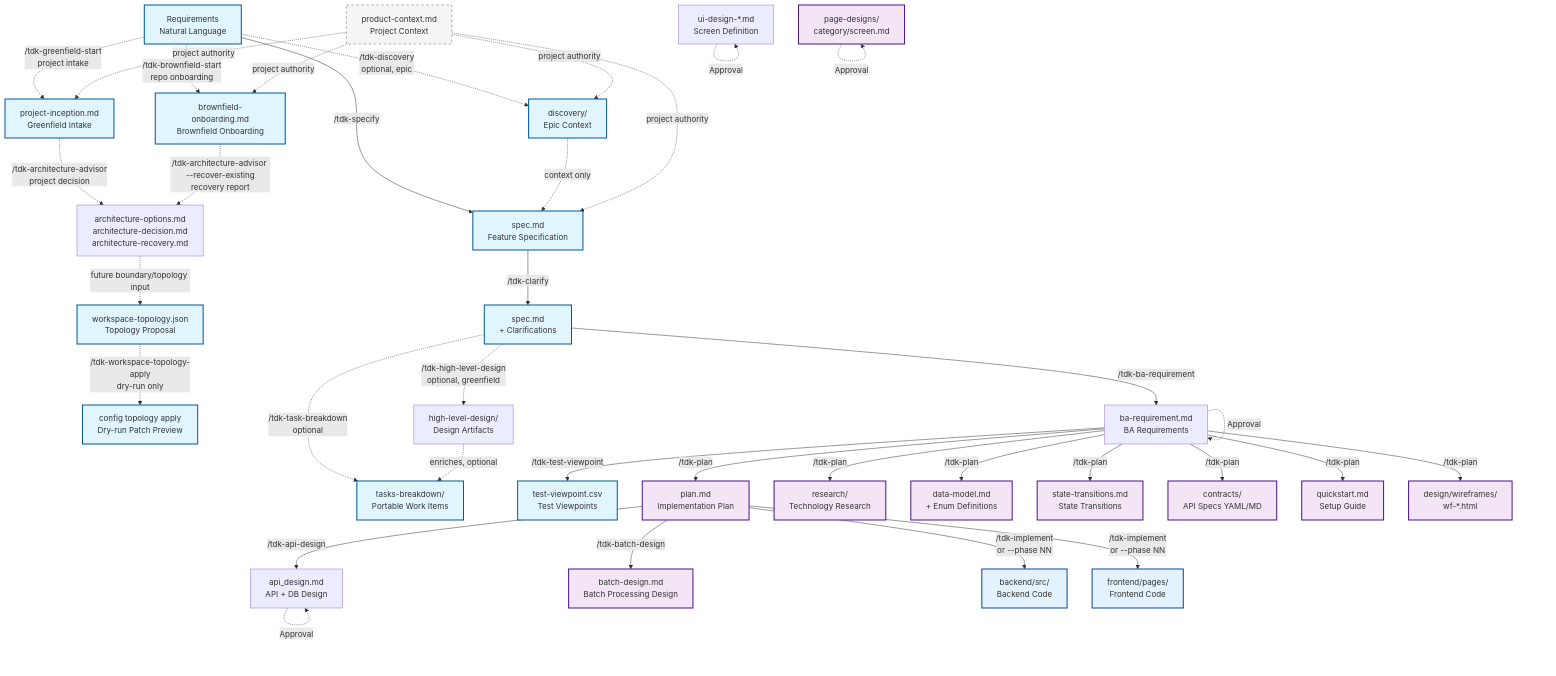
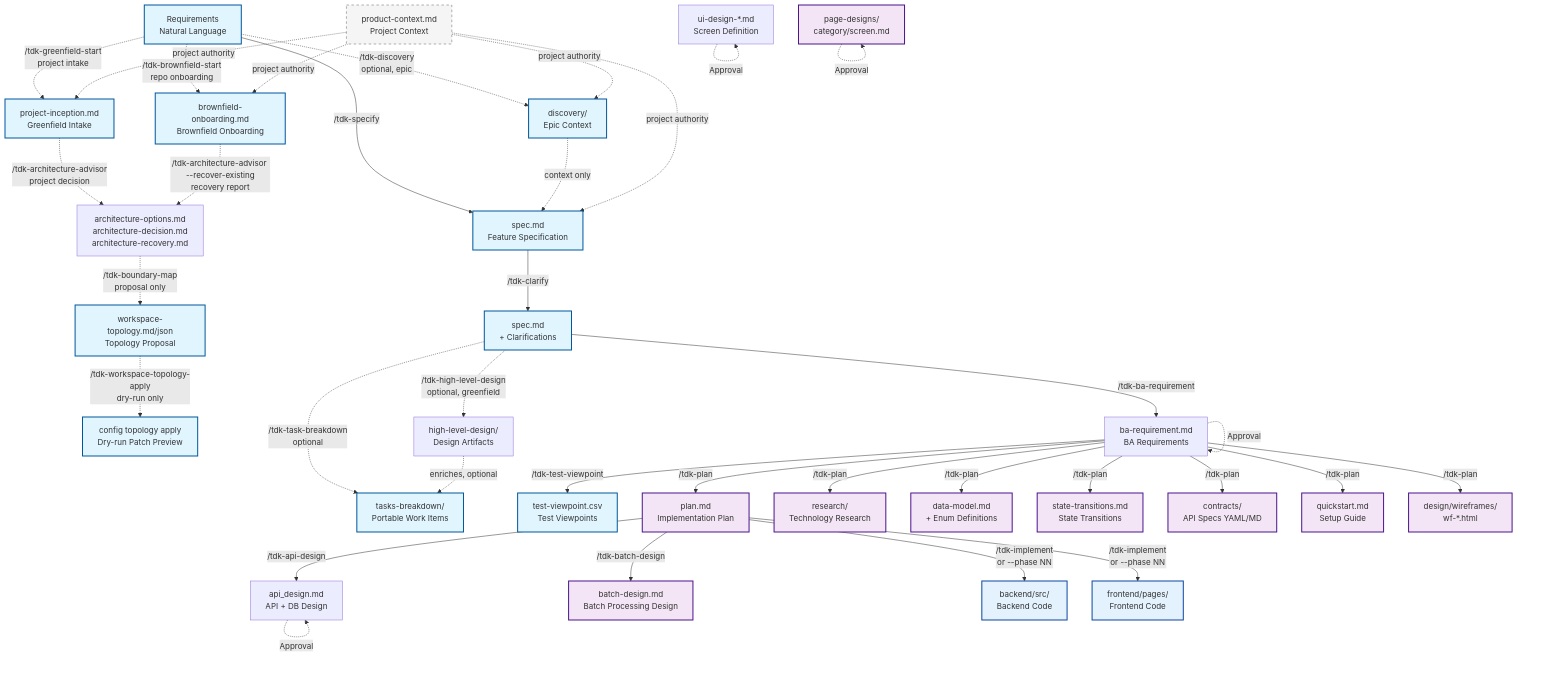
The first of 8 diagrams in .specify/docs/guides/document-flow.md (vinhltt/tdk), drawn with Mermaid before and after one commit. The commit also changed other lines of this file and 43 other files, not shown here.

````diff
--- a/.specify/docs/guides/document-flow.md
+++ b/.specify/docs/guides/document-flow.md
@@ -12,73 +12,73 @@
 ```mermaid
 flowchart TD
     %% Phase 0: Specification
     REQ[Requirements<br/>Natural Language]
     PRODUCT_CONTEXT[product-context.md<br/>Project Context]
     GREENFIELD_INCEPTION[project-inception.md<br/>Greenfield Intake]
     BROWNFIELD_ONBOARDING[brownfield-onboarding.md<br/>Brownfield Onboarding]
     ARCHITECTURE_REPORTS[architecture-options.md<br/>architecture-decision.md<br/>architecture-recovery.md]
-    TOPOLOGY[workspace-topology.json<br/>Topology Proposal]
+    TOPOLOGY[workspace-topology.md/json<br/>Topology Proposal]
     CONFIG_PATCH[config topology apply<br/>Dry-run Patch Preview]
     DISCOVERY[discovery/<br/>Epic Context]
 
     %% Phase 0: Feature Specification
     REQ -.->|/tdk-greenfield-start<br/>project intake| GREENFIELD_INCEPTION
     REQ -.->|/tdk-brownfield-start<br/>repo onboarding| BROWNFIELD_ONBOARDING
     GREENFIELD_INCEPTION -.->|/tdk-architecture-advisor<br/>project decision| ARCHITECTURE_REPORTS
     BROWNFIELD_ONBOARDING -.->|/tdk-architecture-advisor --recover-existing<br/>recovery report| ARCHITECTURE_REPORTS
-    ARCHITECTURE_REPORTS -.->|future boundary/topology input| TOPOLOGY
+    ARCHITECTURE_REPORTS -.->|/tdk-boundary-map<br/>proposal only| TOPOLOGY
     TOPOLOGY -.->|/tdk-workspace-topology-apply<br/>dry-run only| CONFIG_PATCH
     REQ -.->|/tdk-discovery<br/>optional, epic| DISCOVERY
     REQ -->|/tdk-specify| SPEC[spec.md<br/>Feature Specification]
     DISCOVERY -.->|context only| SPEC
     PRODUCT_CONTEXT -.->|project authority| GREENFIELD_INCEPTION
     PRODUCT_CONTEXT -.->|project authority| BROWNFIELD_ONBOARDING
     PRODUCT_CONTEXT -.->|project authority| DISCOVERY
     PRODUCT_CONTEXT -.->|project authority| SPEC
     SPEC -->|/tdk-clarify| SPEC_CLARIFIED[spec.md<br/>+ Clarifications]
     SPEC_CLARIFIED -.->|/tdk-high-level-design<br/>optional, greenfield| HLD[high-level-design/<br/>Design Artifacts]
     SPEC_CLARIFIED -.->|/tdk-task-breakdown<br/>optional| TASK_BREAKDOWN[tasks-breakdown/<br/>Portable Work Items]
     HLD -.->|enriches, optional| TASK_BREAKDOWN
     SPEC_CLARIFIED -->|/tdk-ba-requirement| BA_REQ[ba-requirement.md<br/>BA Requirements]
     BA_REQ -.->|Approval| BA_REQ
     BA_REQ -->|/tdk-test-viewpoint| TEST_VP[test-viewpoint.csv<br/>Test Viewpoints]
 
     %% Phase 1: Architecture & Design
     BA_REQ -->|/tdk-plan| PLAN[plan.md<br/>Implementation Plan]
     BA_REQ -->|/tdk-plan| RESEARCH[research/<br/>Technology Research]
     BA_REQ -->|/tdk-plan| DATAMODEL[data-model.md<br/>+ Enum Definitions]
     BA_REQ -->|/tdk-plan| STATETRANS[state-transitions.md<br/>State Transitions]
     BA_REQ -->|/tdk-plan| CONTRACTS[contracts/<br/>API Specs YAML/MD]
     BA_REQ -->|/tdk-plan| QUICKSTART[quickstart.md<br/>Setup Guide]
     BA_REQ -->|/tdk-plan| WIREFRAMES[design/wireframes/<br/>wf-*.html]
 
     %% Phase 1: Detailed Design & Approval
     PLAN -->|/tdk-api-design| API_DESIGN[api_design.md<br/>API + DB Design]
     PLAN -->|/tdk-batch-design| BATCH_DESIGN[batch-design.md<br/>Batch Processing Design]
     PAGEDESIGNS[page-designs/<br/>category/screen.md]
     UI_DESIGN[ui-design-*.md<br/>Screen Definition]
     API_DESIGN -.->|Approval| API_DESIGN
     UI_DESIGN -.->|Approval| UI_DESIGN
     PAGEDESIGNS -.->|Approval| PAGEDESIGNS
 
     %% Phase 2: Implementation (Solo Path - Primary)
     PLAN -->|/tdk-implement<br/>or --phase NN| CODE_BE[backend/src/<br/>Backend Code]
     PLAN -->|/tdk-implement<br/>or --phase NN| CODE_FE[frontend/pages/<br/>Frontend Code]
 
     %% Styling
     classDef phase0 fill:#e1f5ff,stroke:#01579b,stroke-width:2px
     classDef phase1 fill:#f3e5f5,stroke:#4a148c,stroke-width:2px
     classDef phase2 fill:#fff3e0,stroke:#e65100,stroke-width:2px
     classDef phase3 fill:#e8f5e9,stroke:#1b5e20,stroke-width:2px
     classDef phase4 fill:#fff9c4,stroke:#f57f17,stroke-width:2px
     classDef phase5 fill:#ffebee,stroke:#b71c1c,stroke-width:2px
     classDef reference fill:#f5f5f5,stroke:#616161,stroke-width:1px,stroke-dasharray: 5 5
     classDef code fill:#e3f2fd,stroke:#0d47a1,stroke-width:2px
     classDef infra fill:#fce4ec,stroke:#880e4f,stroke-width:2px
 
     class REQ,GREENFIELD_INCEPTION,BROWNFIELD_ONBOARDING,TOPOLOGY,CONFIG_PATCH,DISCOVERY,SPEC,SPEC_CLARIFIED,TASK_BREAKDOWN phase0
     class PLAN,RESEARCH,DATAMODEL,STATETRANS,CONTRACTS,QUICKSTART,WIREFRAMES,PAGEDESIGNS,BATCH_DESIGN phase1
     class TEST_VP phase0
     class PRODUCT_CONTEXT,CONSTITUTION,UIUX,REF_DATAMODEL,REF_STATE reference
     class CODE_BE,CODE_FE,TESTS code
 ```
````
